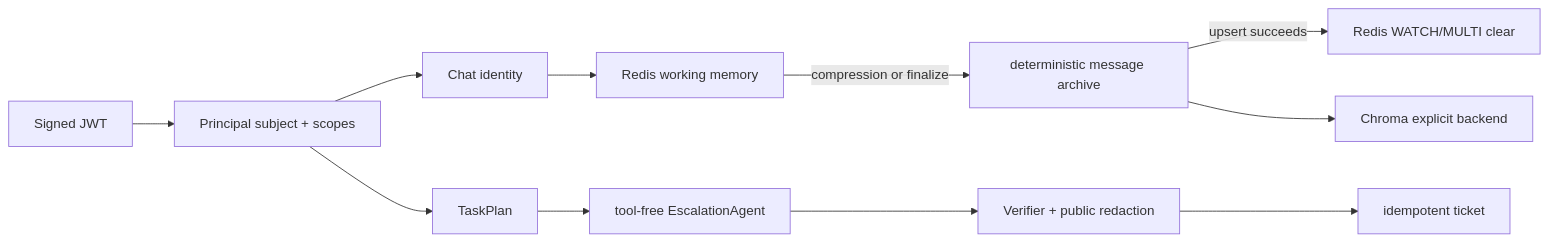
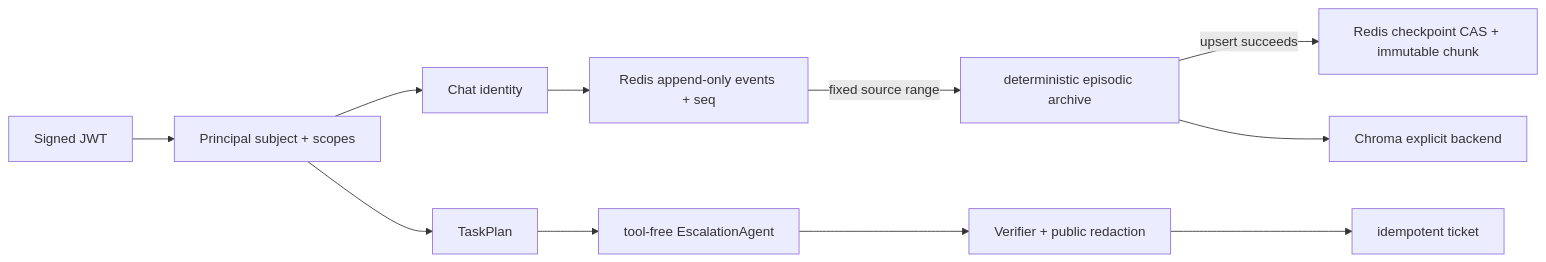
Before and after one commit to Garrulus21yyx/DialogPilot: the seventh of 9 diagrams in docs/full-architecture-tutorial.zh-CN.md, drawn with Mermaid. The commit also changed other lines of this file and 19 other files, not shown here.

Commit message:
refactor memory into sequenced events and sourced facts

````diff
--- a/docs/full-architecture-tutorial.zh-CN.md
+++ b/docs/full-architecture-tutorial.zh-CN.md
@@ -1661,13 +1665,13 @@
 ```mermaid
 flowchart LR
     J[Signed JWT] --> P[Principal subject + scopes]
     P --> C[Chat identity]
-    C --> W[Redis working memory]
-    W -->|compression or finalize| A[deterministic message archive]
-    A -->|upsert succeeds| X[Redis WATCH/MULTI clear]
+    C --> W[Redis append-only events + seq]
+    W -->|fixed source range| A[deterministic episodic archive]
+    A -->|upsert succeeds| X[Redis checkpoint CAS + immutable chunk]
     A --> E[Chroma explicit backend]
     P --> O[TaskPlan]
     O --> H[tool-free EscalationAgent]
     H --> V[Verifier + public redaction]
     V --> T[idempotent ticket]
 ```
````
